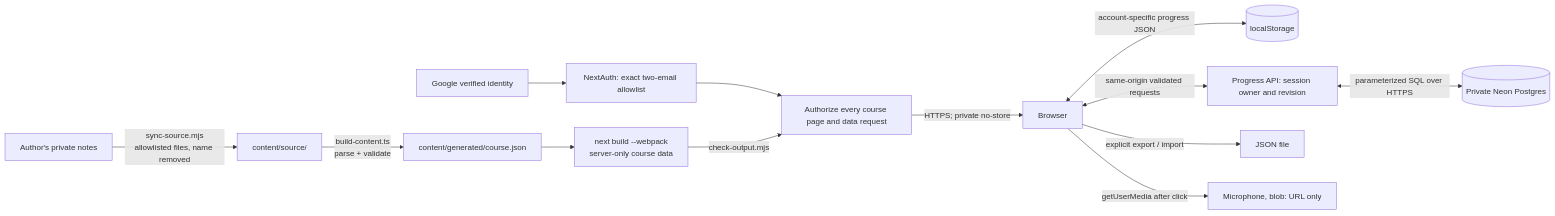
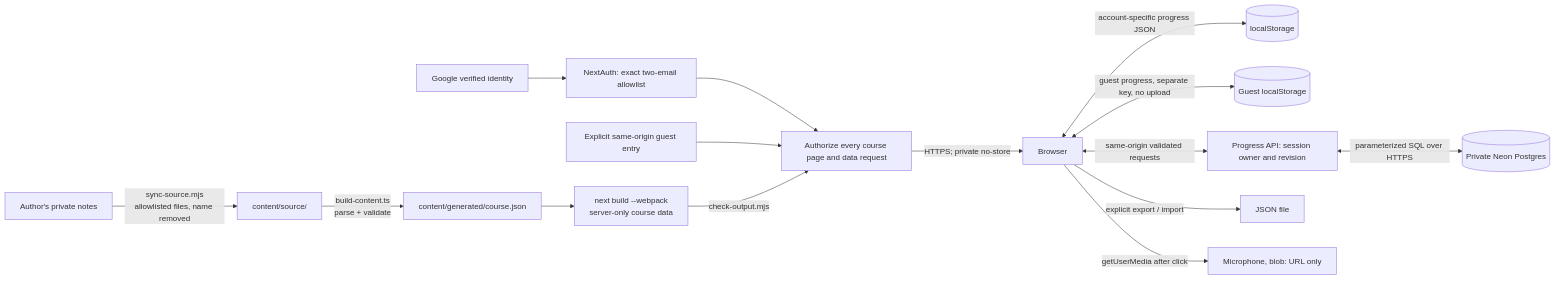
One commit to mehedi-hasan-2426/sprungbrett-deutsch changed the diagram in docs/threat-model.md. Above: the diagram before and after it, drawn with Mermaid. The commit also changed other lines of this file and 15 other files, not shown here.

````diff
--- a/docs/threat-model.md
+++ b/docs/threat-model.md
@@ -9,15 +9,17 @@
 ```mermaid
 flowchart LR
     N[Author's private notes] -->|sync-source.mjs<br/>allowlisted files, name removed| S[content/source/]
     S -->|build-content.ts<br/>parse + validate| J[content/generated/course.json]
     J --> B[next build --webpack<br/>server-only course data]
     G[Google verified identity] --> A[NextAuth: exact two-email allowlist]
     A --> R[Authorize every course page and data request]
+    GE[Explicit same-origin guest entry] --> R
     B -->|check-output.mjs| R
     R -->|HTTPS; private no-store| BR[Browser]
     BR <-->|account-specific progress JSON| LS[(localStorage)]
+    BR <-->|guest progress, separate key, no upload| GL[(Guest localStorage)]
     BR <-->|same-origin validated requests| P[Progress API: session owner and revision]
     P <-->|parameterized SQL over HTTPS| DB[(Private Neon Postgres)]
     BR -->|explicit export / import| F[JSON file]
     BR -->|getUserMedia after click| M[Microphone, blob: URL only]
 ```
````
